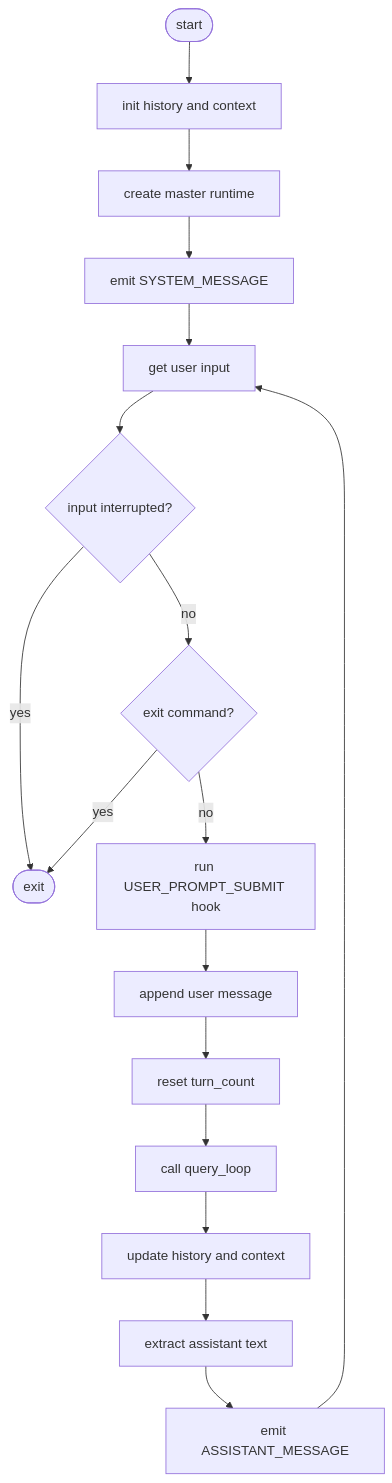
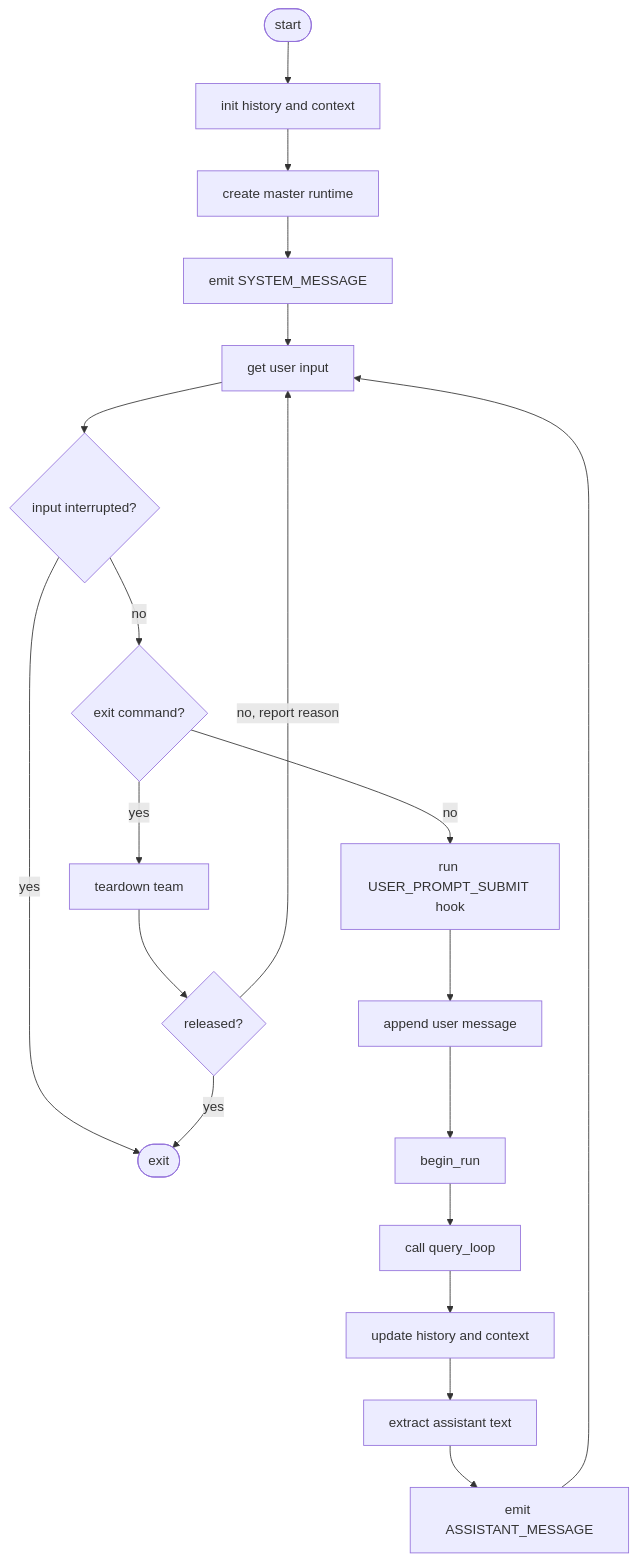
One commit to shiphex/lite_harness changed the diagram in doc/architecture/agent.md. Above: the diagram before and after it, drawn with Mermaid. The commit also changed other lines of this file and 5 other files, not shown here.

````diff
--- a/doc/architecture/agent.md
+++ b/doc/architecture/agent.md
@@ -139,19 +143,22 @@
 ```mermaid
 flowchart TD
     A([start]) --> B[init history and context]
     B --> C[create master runtime]
     C --> D[emit SYSTEM_MESSAGE]
     D --> E[get user input]
     E --> F{input interrupted?}
     F -->|yes| Z([exit])
     F -->|no| G{exit command?}
-    G -->|yes| Z
+    G -->|yes| T[teardown team]
+    T --> U{released?}
+    U -->|yes| Z
+    U -->|no, report reason| E
     G -->|no| H[run USER_PROMPT_SUBMIT hook]
     H --> I[append user message]
-    I --> J[reset turn_count]
+    I --> J[begin_run]
     J --> K[call query_loop]
     K --> L[update history and context]
     L --> M[extract assistant text]
     M --> N[emit ASSISTANT_MESSAGE]
     N --> E
 ```
````
